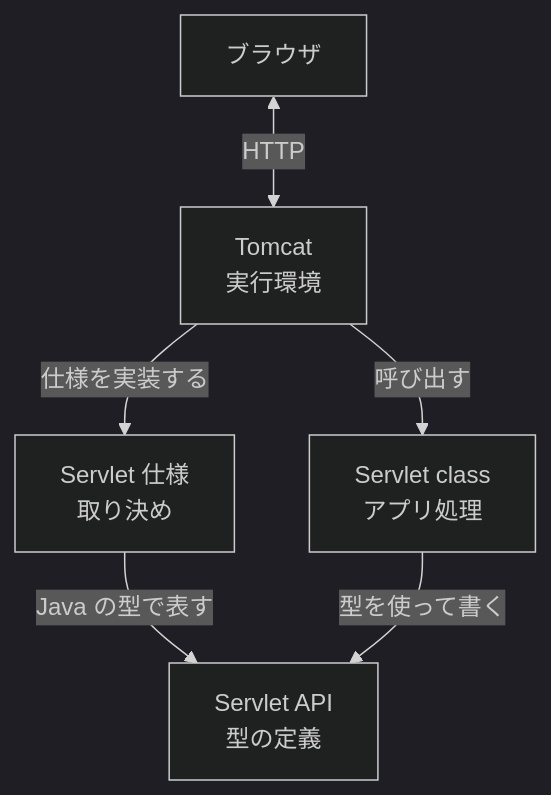
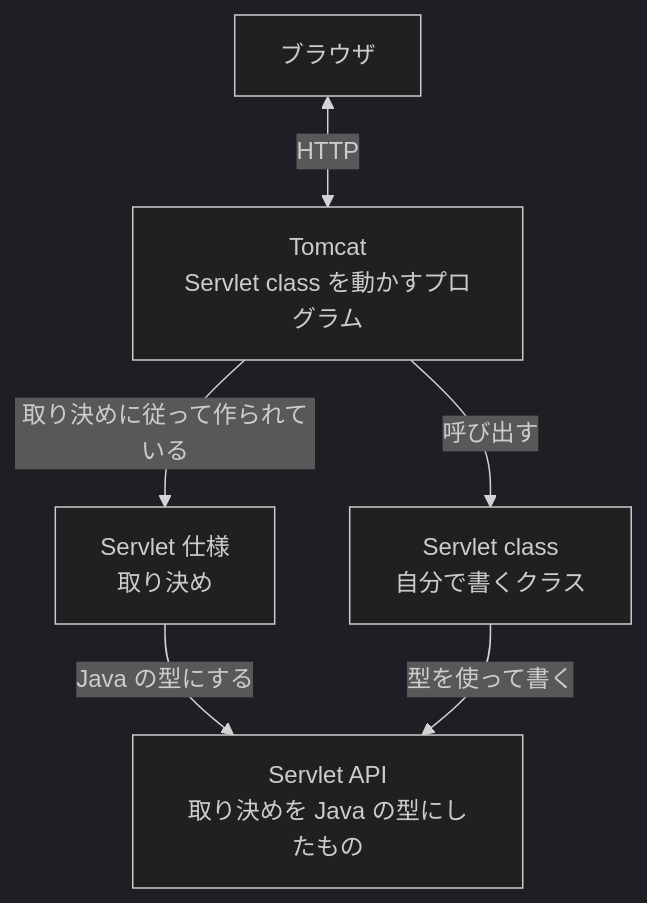
Before and after one commit to Appricot144/teaching-material: the first of 2 diagrams in servlet/02-servlet-and-tomcat/04-relationships.md, drawn with Mermaid (dark theme). The commit also changed other lines of this file and 3 other files, not shown here.

````diff
--- a/servlet/02-servlet-and-tomcat/04-relationships.md
+++ b/servlet/02-servlet-and-tomcat/04-relationships.md
@@ -9,14 +21,14 @@
 ```mermaid
 flowchart TB
     Spec["Servlet 仕様<br/>取り決め"]
-    API["Servlet API<br/>型の定義"]
-    Tomcat["Tomcat<br/>実行環境"]
-    Class["Servlet class<br/>アプリ処理"]
+    API["Servlet API<br/>取り決めを Java の型にしたもの"]
+    Tomcat["Tomcat<br/>Servlet class を動かすプログラム"]
+    Class["Servlet class<br/>自分で書くクラス"]
     Browser["ブラウザ"]
 
-    Spec -- Java の型で表す --> API
-    Tomcat -- 仕様を実装する --> Spec
+    Spec -- Java の型にする --> API
+    Tomcat -- 取り決めに従って作られている --> Spec
     Class -- 型を使って書く --> API
     Browser <-- HTTP --> Tomcat
     Tomcat -- 呼び出す --> Class
 ```
````
